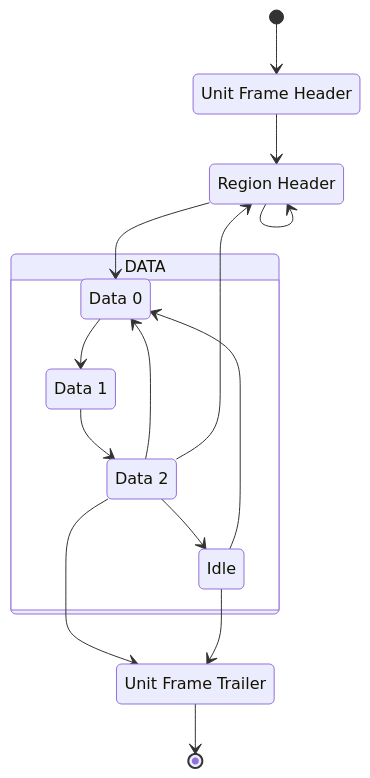
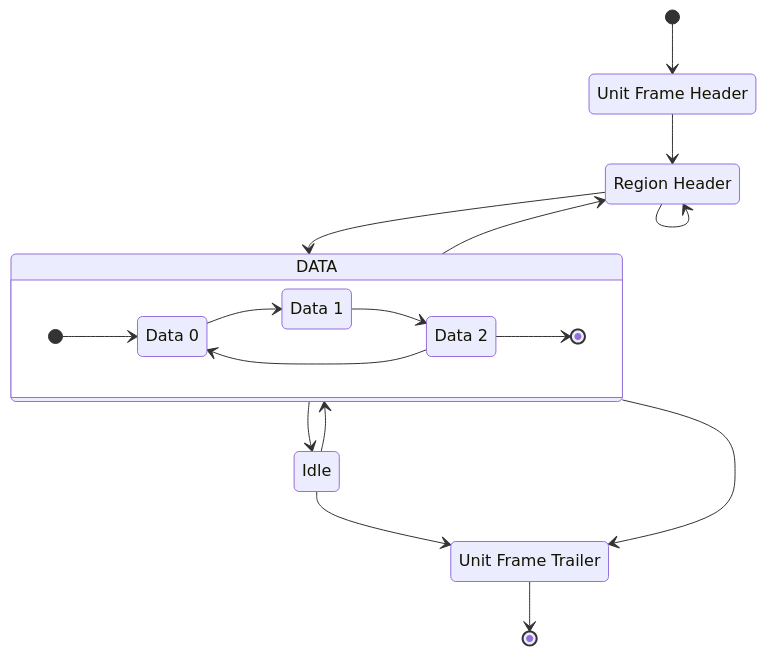
Before and after one commit to CramBL/moss_decoder: the first of 2 diagrams in README.md, drawn with Mermaid. The commit also changed other lines of this file, not shown here.

Commit message:
add multiple event decoder fsm diagram

````diff
--- a/README.md
+++ b/README.md
@@ -47,36 +48,37 @@
 ```mermaid
 stateDiagram-v2
   frame_header : Unit Frame Header
   frame_trailer : Unit Frame Trailer
   region_header : Region Header
   data_0 : Data 0
   data_1 : Data 1
   data_2 : Data 2
   idle : Idle
 
     [*] --> frame_header
     
     frame_header --> region_header
 
     region_header --> region_header
-    region_header --> data_0
+    region_header --> DATA
 
     state DATA {
-      
+      direction LR
+      [*] --> data_0
       data_0 --> data_1
       data_1 --> data_2
-
       data_2 --> data_0
-      data_2 --> idle
+      data_2 --> [*]
     }
     
-    data_2 --> region_header
-    data_2 --> frame_trailer
+    DATA --> idle
+    DATA --> region_header
+    DATA --> frame_trailer
 
 
-    idle --> data_0
+    idle --> DATA
     idle --> frame_trailer
 
     frame_trailer --> [*]
 
 ```
````
